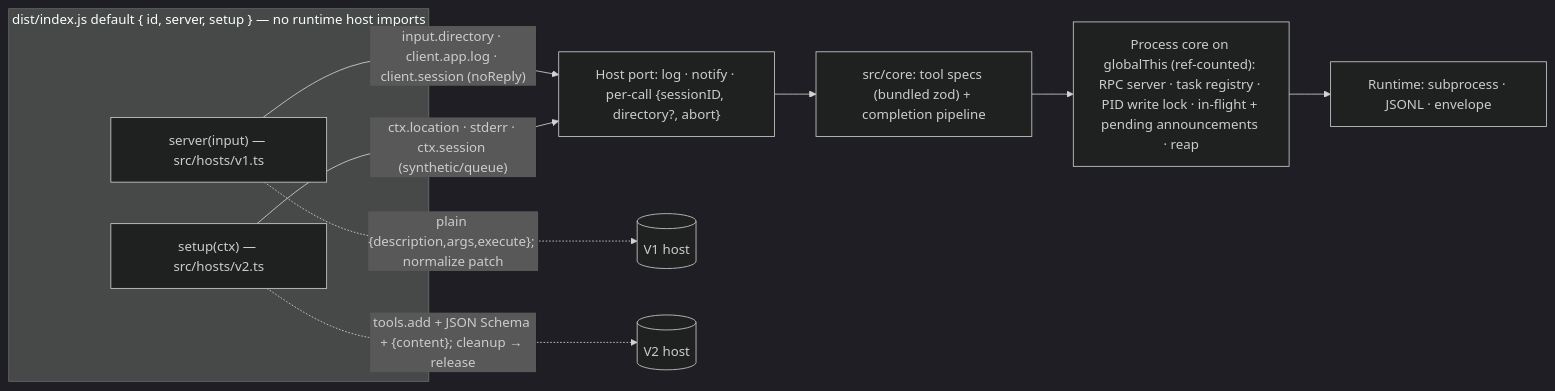
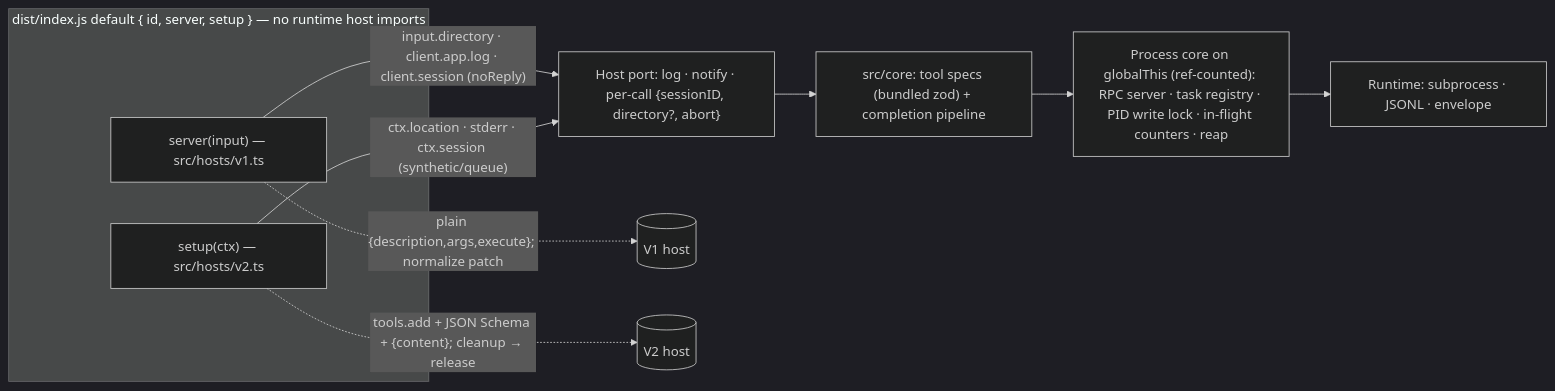
The diagram in docs/plans/2026-11-20-002-feat-opencode-v2-dual-host-plan.md (marcusrbrown/opencode-copilot-delegate), drawn with Mermaid (dark theme) before and after one commit. The commit also changed other lines of this file and 1 other file, not shown here.

````diff
--- a/docs/plans/2026-11-20-002-feat-opencode-v2-dual-host-plan.md
+++ b/docs/plans/2026-11-20-002-feat-opencode-v2-dual-host-plan.md
@@ -231,14 +240,14 @@
 ```mermaid
 flowchart LR
   subgraph Entry["dist/index.js default { id, server, setup } — no runtime host imports"]
     S1["server(input) — src/hosts/v1.ts"]
     S2["setup(ctx) — src/hosts/v2.ts"]
   end
   S1 -->|"input.directory · client.app.log · client.session (noReply)"| Port["Host port: log · notify · per-call {sessionID, directory?, abort}"]
   S2 -->|"ctx.location · stderr · ctx.session (synthetic/queue)"| Port
   Port --> Core["src/core: tool specs (bundled zod) + completion pipeline"]
-  Core --> Proc["Process core on globalThis (ref-counted): RPC server · task registry · PID write lock · in-flight + pending announcements · reap"]
+  Core --> Proc["Process core on globalThis (ref-counted): RPC server · task registry · PID write lock · in-flight counters · reap"]
   Proc --> RT["Runtime: subprocess · JSONL · envelope"]
   S1 -.->|"plain {description,args,execute}; normalize patch"| HostV1[(V1 host)]
   S2 -.->|"tools.add + JSON Schema + {content}; cleanup → release"| HostV2[(V2 host)]
 ```
````
